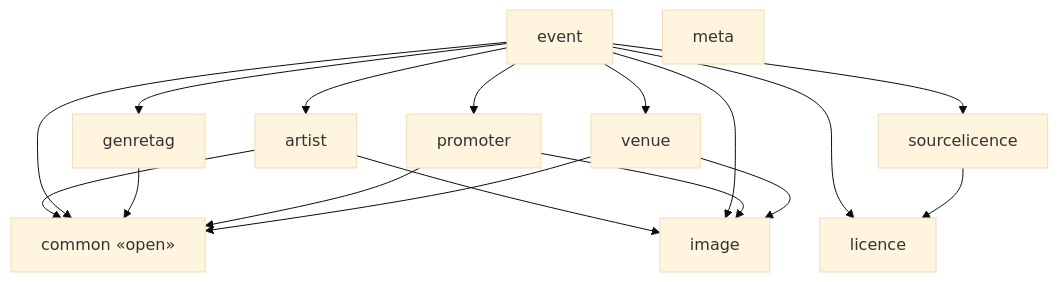
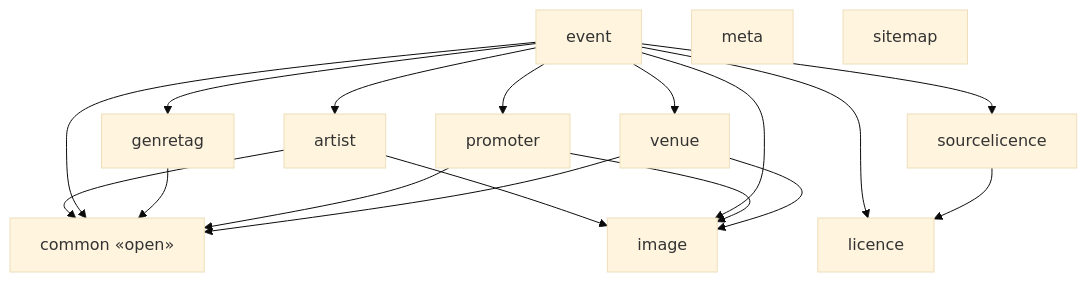
Before and after one commit to enorm-labs/event-junkie: the diagram in docs/architecture/modules-events-bff.md, drawn with Mermaid (base theme). The commit also changed 18 other files, not shown here.

````diff
--- a/docs/architecture/modules-events-bff.md
+++ b/docs/architecture/modules-events-bff.md
@@ -9,30 +9,31 @@
 ```mermaid
 flowchart TD
     artist["artist"]
     common["common «open»"]
     event["event"]
     genretag["genretag"]
     image["image"]
     licence["licence"]
     meta["meta"]
     promoter["promoter"]
+    sitemap["sitemap"]
     sourcelicence["sourcelicence"]
     venue["venue"]
 
     artist --> common
     artist --> image
     event --> artist
     event --> common
     event --> genretag
     event --> image
     event --> licence
     event --> promoter
     event --> sourcelicence
     event --> venue
     genretag --> common
     promoter --> common
     promoter --> image
     sourcelicence --> licence
     venue --> common
     venue --> image
 ```
````
